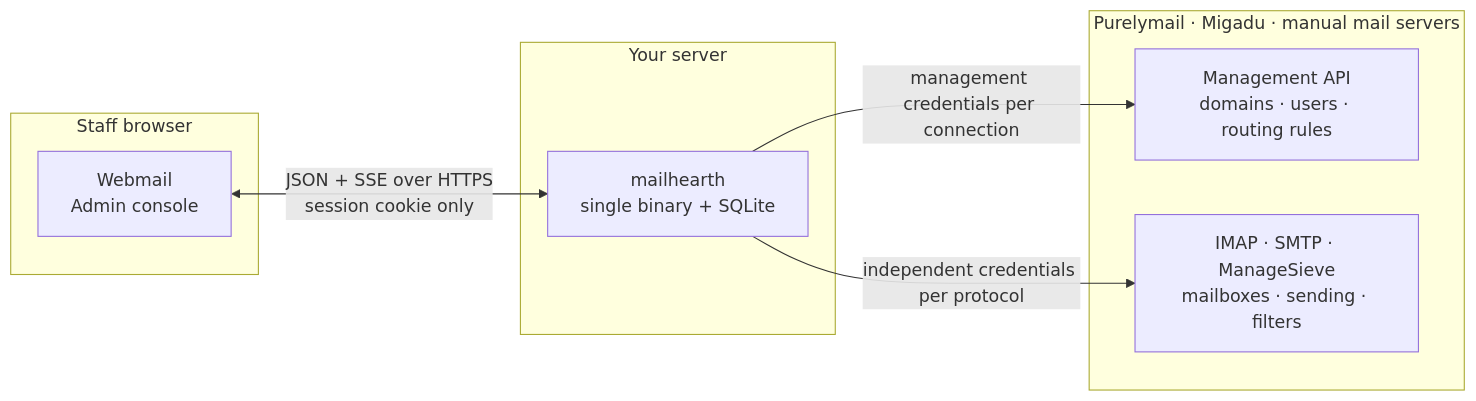
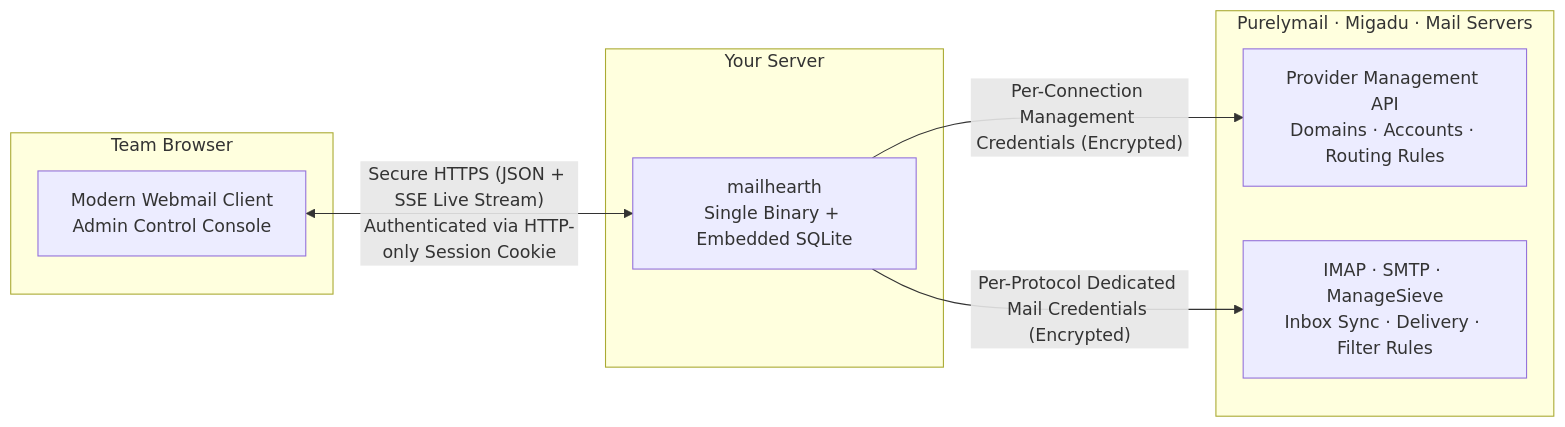
One commit to yll682/Mailhearth changed the diagram in README.md. Above: the diagram before and after it, drawn with Mermaid. The commit also changed other lines of this file and 41 other files, not shown here.

````diff
--- a/README.md
+++ b/README.md
@@ -9,17 +9,17 @@
 ```mermaid
 flowchart LR
-    subgraph browser["Staff browser"]
-        SPA["Webmail<br/>Admin console"]
+    subgraph browser["Team Browser"]
+        SPA["Modern Webmail Client<br/>Admin Control Console"]
     end
-    subgraph host["Your server"]
-        APP["mailhearth<br/>single binary + SQLite"]
+    subgraph host["Your Server"]
+        APP["mailhearth<br/>Single Binary + Embedded SQLite"]
     end
-    subgraph pm["Purelymail · Migadu · manual mail servers"]
-        API["Management API<br/>domains · users · routing rules"]
-        MAIL["IMAP · SMTP · ManageSieve<br/>mailboxes · sending · filters"]
+    subgraph pm["Purelymail · Migadu · Mail Servers"]
+        API["Provider Management API<br/>Domains · Accounts · Routing Rules"]
+        MAIL["IMAP · SMTP · ManageSieve<br/>Inbox Sync · Delivery · Filter Rules"]
     end
 
-    SPA <-->|"JSON + SSE over HTTPS<br/>session cookie only"| APP
-    APP -->|"management credentials per connection"| API
-    APP -->|"independent credentials per protocol"| MAIL
+    SPA <-->|"Secure HTTPS (JSON + SSE Live Stream)<br/>Authenticated via HTTP-only Session Cookie"| APP
+    APP -->|"Per-Connection Management Credentials (Encrypted)"| API
+    APP -->|"Per-Protocol Dedicated Mail Credentials (Encrypted)"| MAIL
 ```
````
